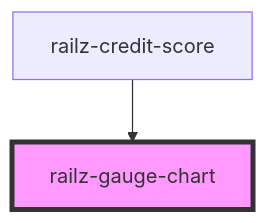
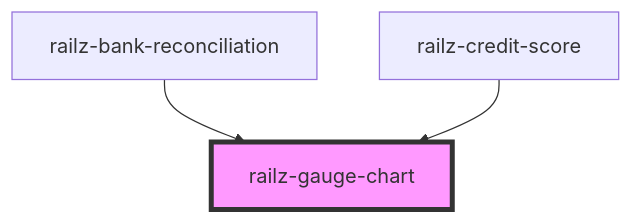
The diagram in packages/components/src/elements/gauge-chart/readme.md (railz-ai/railz-visualizations), drawn with Mermaid before and after one commit. The commit also changed other lines of this file and 16 other files, not shown here.

Commit message:
feat: added bank reconciliation

````diff
--- a/packages/components/src/elements/gauge-chart/readme.md
+++ b/packages/components/src/elements/gauge-chart/readme.md
@@ -21,5 +22,6 @@
 ```mermaid
 graph TD;
+  railz-bank-reconciliation --> railz-gauge-chart
   railz-credit-score --> railz-gauge-chart
   style railz-gauge-chart fill:#f9f,stroke:#333,stroke-width:4px
 ```
````
